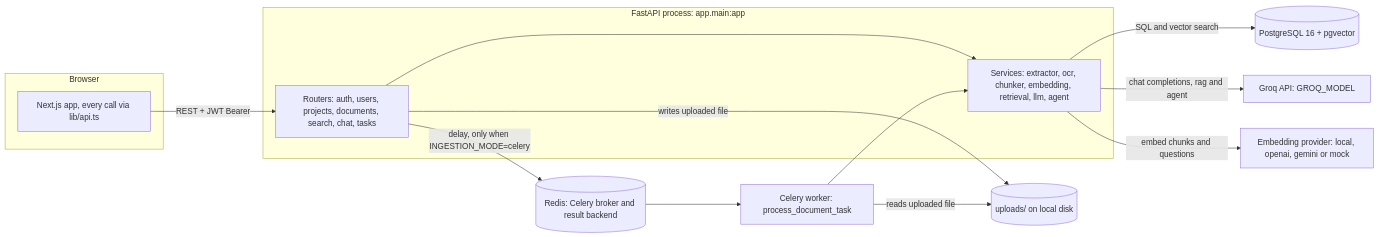
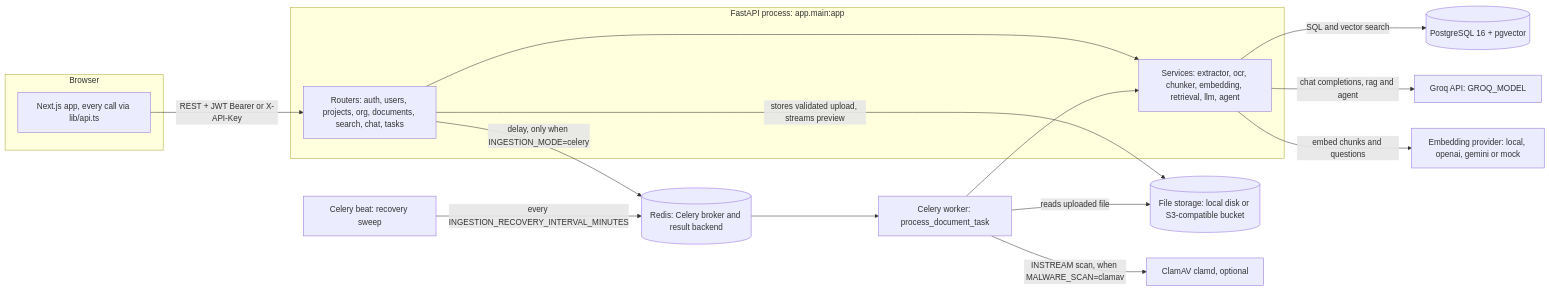
Before and after one commit to dhanoliya-ji/DOCMINDS: the first of 15 diagrams in docs/ARCHITECTURE.md, drawn with Mermaid. The commit also changed other lines of this file and 35 other files, not shown here.

````diff
--- a/docs/ARCHITECTURE.md
+++ b/docs/ARCHITECTURE.md
@@ -26,27 +26,31 @@
 ```mermaid
 flowchart LR
     subgraph BROWSER["Browser"]
         UI["Next.js app, every call via lib/api.ts"]
     end
     subgraph APIPROC["FastAPI process: app.main:app"]
-        ROUTERS["Routers: auth, users, projects, documents, search, chat, tasks"]
+        ROUTERS["Routers: auth, users, projects, org, documents, search, chat, tasks"]
         SERVICES["Services: extractor, ocr, chunker, embedding, retrieval, llm, agent"]
     end
     REDIS[("Redis: Celery broker and result backend")]
     WORKER["Celery worker: process_document_task"]
+    BEAT["Celery beat: recovery sweep"]
     PG[("PostgreSQL 16 + pgvector")]
-    DISK[("uploads/ on local disk")]
+    STORE[("File storage: local disk or S3-compatible bucket")]
+    CLAM["ClamAV clamd, optional"]
     GROQ["Groq API: GROQ_MODEL"]
     EMB["Embedding provider: local, openai, gemini or mock"]
 
-    UI -->|"REST + JWT Bearer"| ROUTERS
+    UI -->|"REST + JWT Bearer or X-API-Key"| ROUTERS
     ROUTERS --> SERVICES
-    ROUTERS -->|"writes uploaded file"| DISK
+    ROUTERS -->|"stores validated upload, streams preview"| STORE
     ROUTERS -->|"delay, only when INGESTION_MODE=celery"| REDIS
+    BEAT -->|"every INGESTION_RECOVERY_INTERVAL_MINUTES"| REDIS
     REDIS --> WORKER
     WORKER --> SERVICES
-    WORKER -->|"reads uploaded file"| DISK
+    WORKER -->|"reads uploaded file"| STORE
+    WORKER -->|"INSTREAM scan, when MALWARE_SCAN=clamav"| CLAM
     SERVICES -->|"SQL and vector search"| PG
     SERVICES -->|"chat completions, rag and agent"| GROQ
     SERVICES -->|"embed chunks and questions"| EMB
 ```
````
